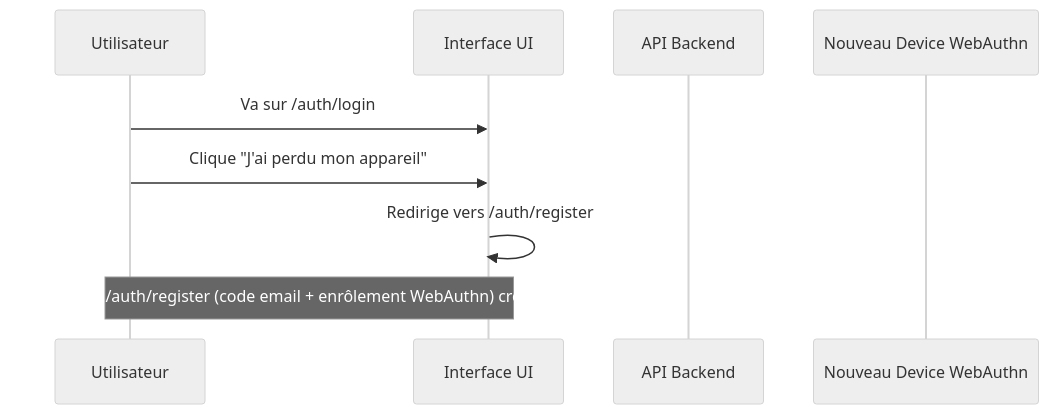
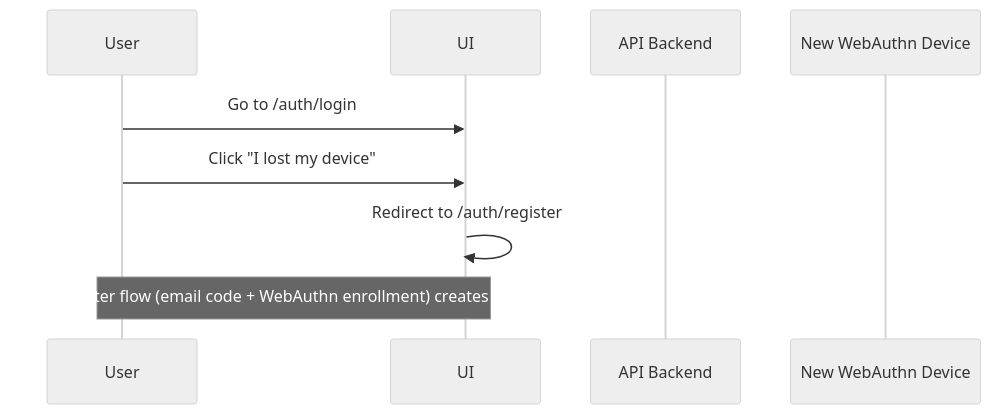
One commit to rhanka/sentropic changed the fourth of 5 diagrams in spec/WORKFLOW_AUTH.md. Above: the diagram before and after it, drawn with Mermaid (neutral theme). The commit also changed other lines of this file and 13 other files, not shown here.

````diff
--- a/spec/WORKFLOW_AUTH.md
+++ b/spec/WORKFLOW_AUTH.md
@@ -99,12 +99,12 @@
 ```mermaid
 sequenceDiagram
-    participant U as Utilisateur
-    participant UI as Interface UI
+    participant U as User
+    participant UI as UI
     participant API as API Backend
-    participant Device as Nouveau Device WebAuthn
+    participant Device as New WebAuthn Device
 
-    U->>UI: Va sur /auth/login
-    U->>UI: Clique "J'ai perdu mon appareil"
-    UI->>UI: Redirige vers /auth/register
-    Note over U,UI: Le workflow /auth/register (code email + enrôlement WebAuthn) crée la session
+    U->>UI: Go to /auth/login
+    U->>UI: Click "I lost my device"
+    UI->>UI: Redirect to /auth/register
+    Note over U,UI: /auth/register flow (email code + WebAuthn enrollment) creates the session
 ```
````
